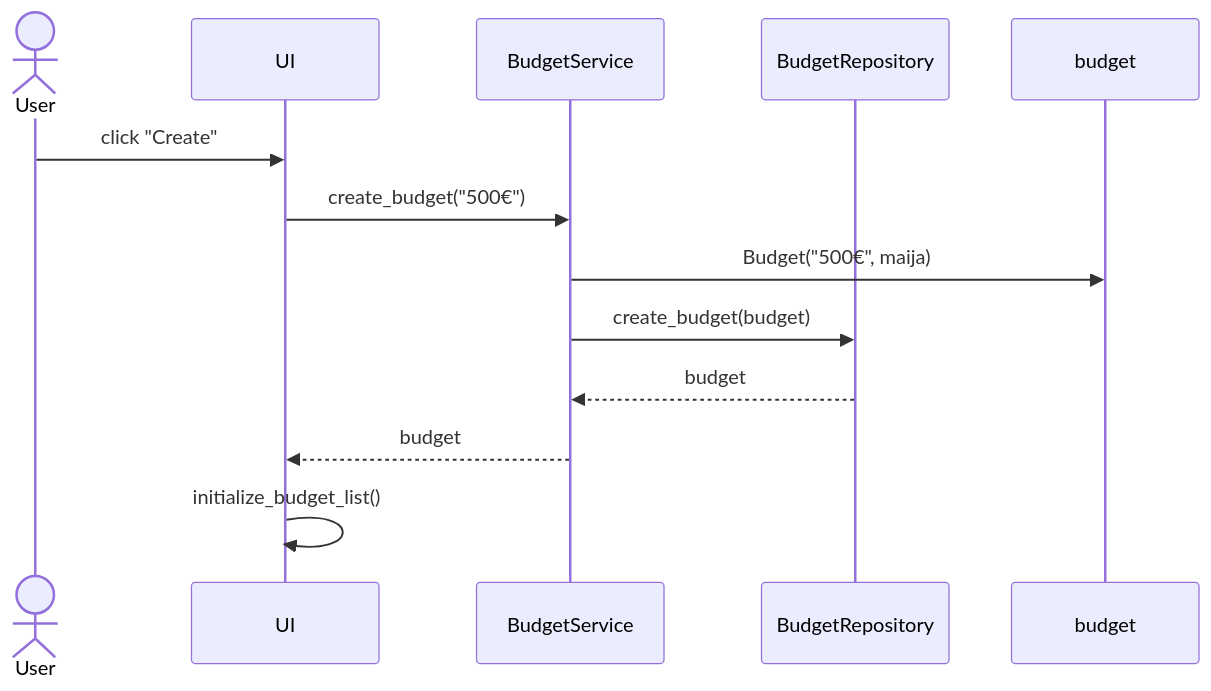
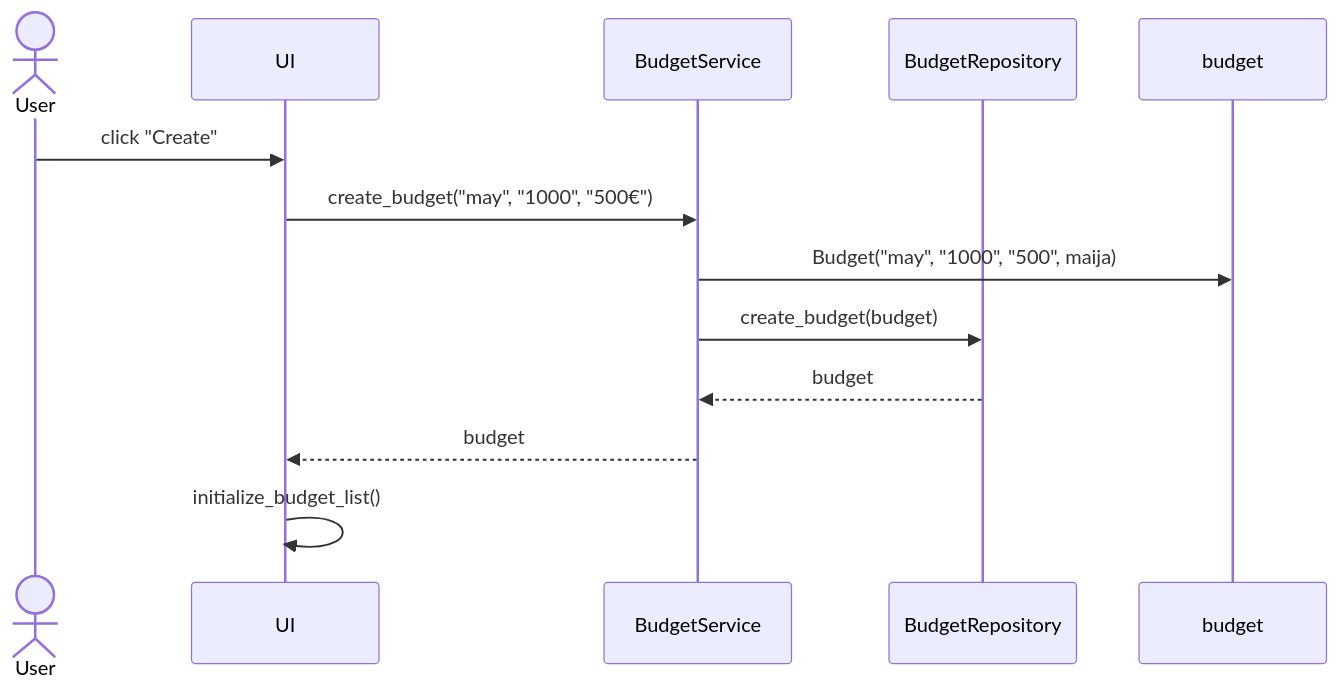
Before and after one commit to adarautiainen/ot-harjoitustyo: the diagram in budget-app/dokumentaatio/arkkitehtuuri.md, drawn with Mermaid.

````diff
--- a/budget-app/dokumentaatio/arkkitehtuuri.md
+++ b/budget-app/dokumentaatio/arkkitehtuuri.md
@@ -11,15 +11,15 @@
 ```mermaid
 sequenceDiagram
   actor User
   participant UI
   participant BudgetService
   participant BudgetRepository
   participant budget
   User->>UI: click "Create"
-  UI->>BudgetService: create_budget("500€")
-  BudgetService->>budget: Budget("500€", maija)
+  UI->>BudgetService: create_budget("may", "1000", "500€")
+  BudgetService->>budget: Budget("may", "1000", "500", maija)
   BudgetService->>BudgetRepository: create_budget(budget)
   BudgetRepository-->>BudgetService: budget
   BudgetService-->>UI: budget
   UI->>UI: initialize_budget_list()
 ```
````
